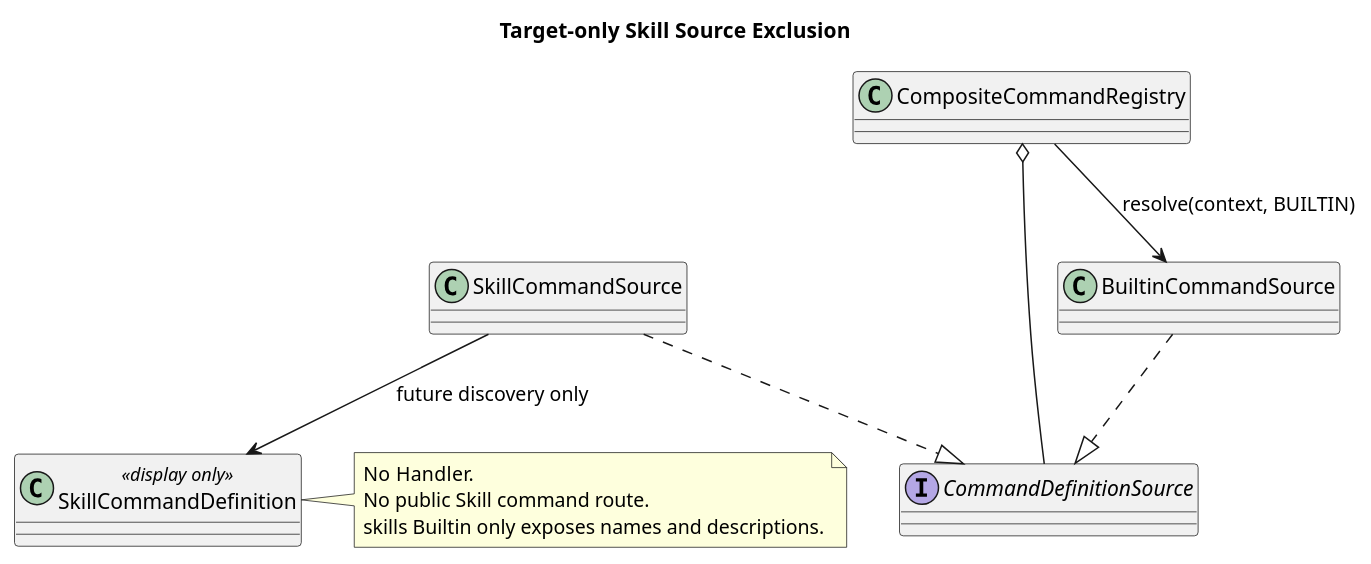
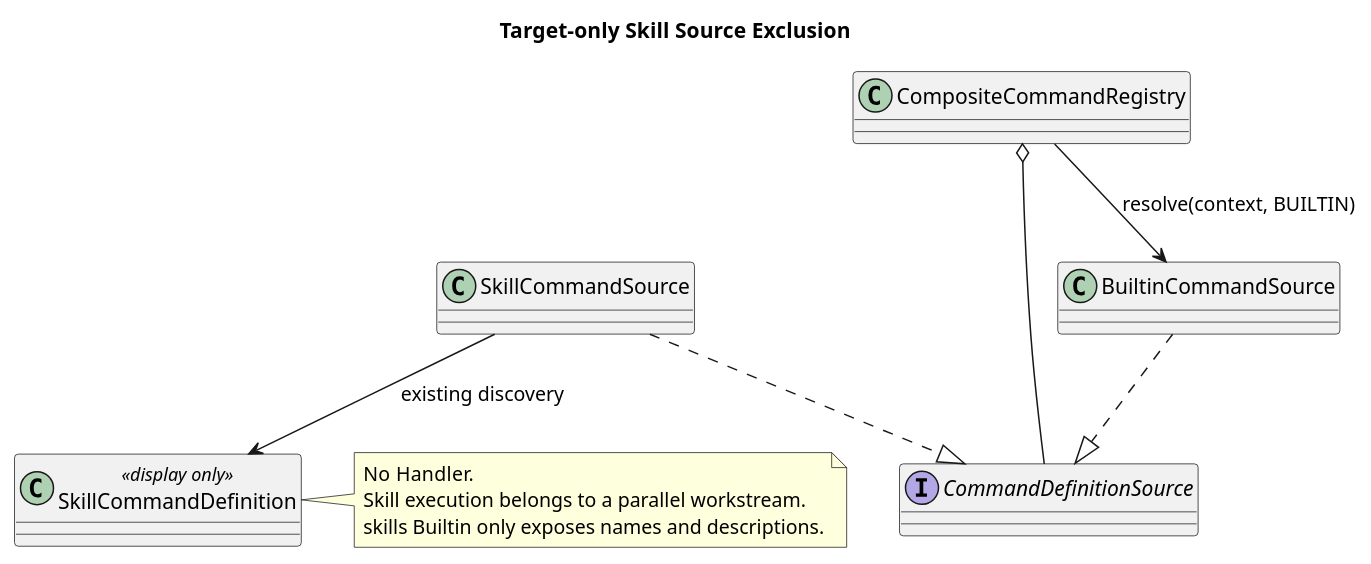
The diagram in 04-命令与技能/02-技能命令/设计图/diagram.puml (ssm0808/pi-mono-java-design), drawn with PlantUML before and after one commit. The commit also changed 17 other files, not shown here.

Commit message:
docs(command): 澄清 Builtin 与 Skill 并行开发分工

```diff
--- a/04-命令与技能/02-技能命令/设计图/diagram.puml
+++ b/04-命令与技能/02-技能命令/设计图/diagram.puml
@@ -1,21 +1,21 @@
 @startuml skill_catalog
 title Target-only Skill Source Exclusion
 ' Source evidence: pi-mono-java@0bb794f2 modules/coding-agent-cli/src/main/java/com/campusclaw/codingagent/runtimeapi/command/SkillCommandSource.java list.
-' Product constraint: Skill execution is deferred; Builtin HTTP must not resolve dynamic Skill sources.
+' Product scope: Skill execution is owned by a parallel workstream; Builtin selection skips dynamic Skill sources.
 skinparam shadowing false
 class CompositeCommandRegistry
 interface CommandDefinitionSource
 class BuiltinCommandSource
 class SkillCommandSource
 class SkillCommandDefinition <<display only>>
 BuiltinCommandSource ..|> CommandDefinitionSource
 SkillCommandSource ..|> CommandDefinitionSource
 CompositeCommandRegistry o-- CommandDefinitionSource
 CompositeCommandRegistry --> BuiltinCommandSource : resolve(context, BUILTIN)
-SkillCommandSource --> SkillCommandDefinition : future discovery only
+SkillCommandSource --> SkillCommandDefinition : existing discovery
 note right of SkillCommandDefinition
 No Handler.
-No public Skill command route.
+Skill execution belongs to a parallel workstream.
 skills Builtin only exposes names and descriptions.
 end note
 @enduml
```
